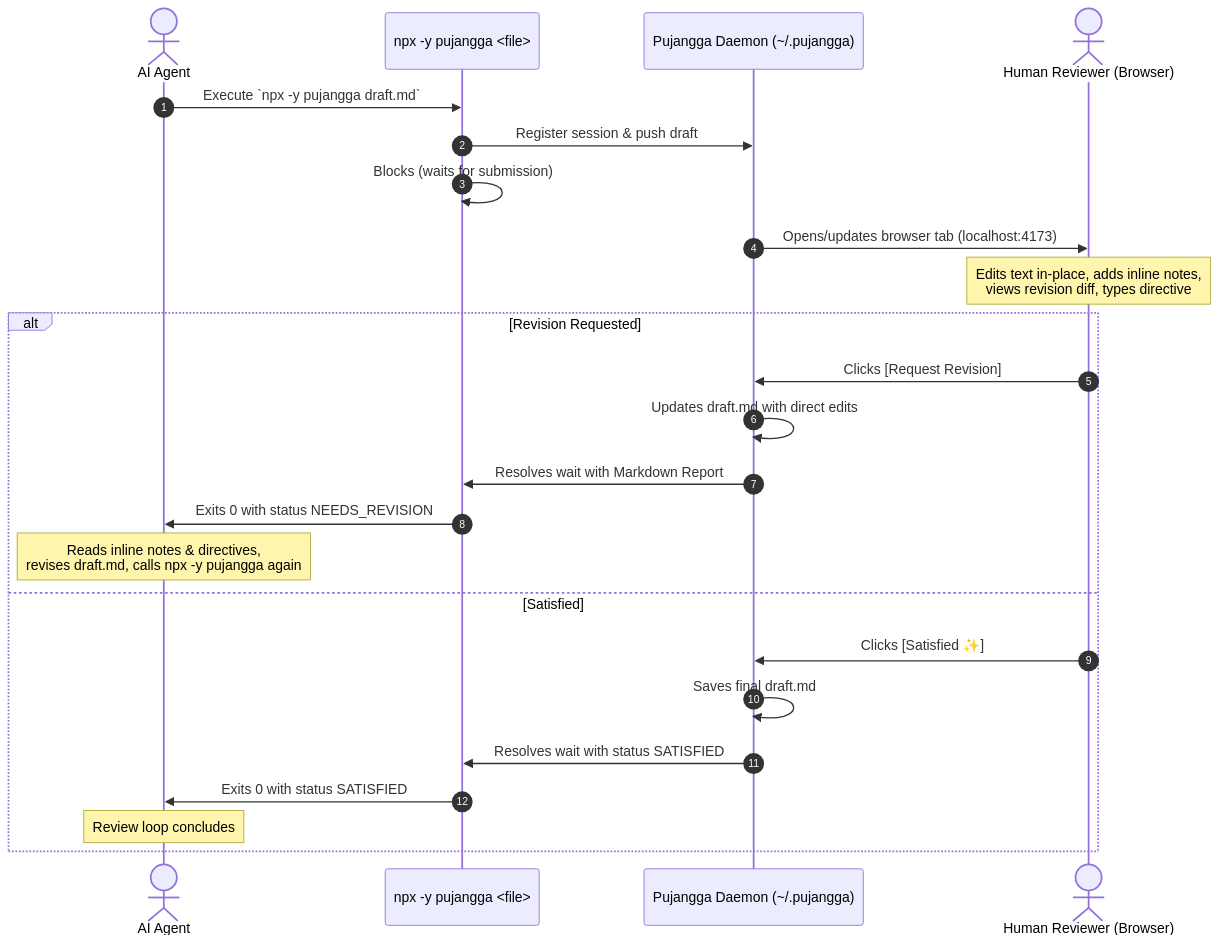
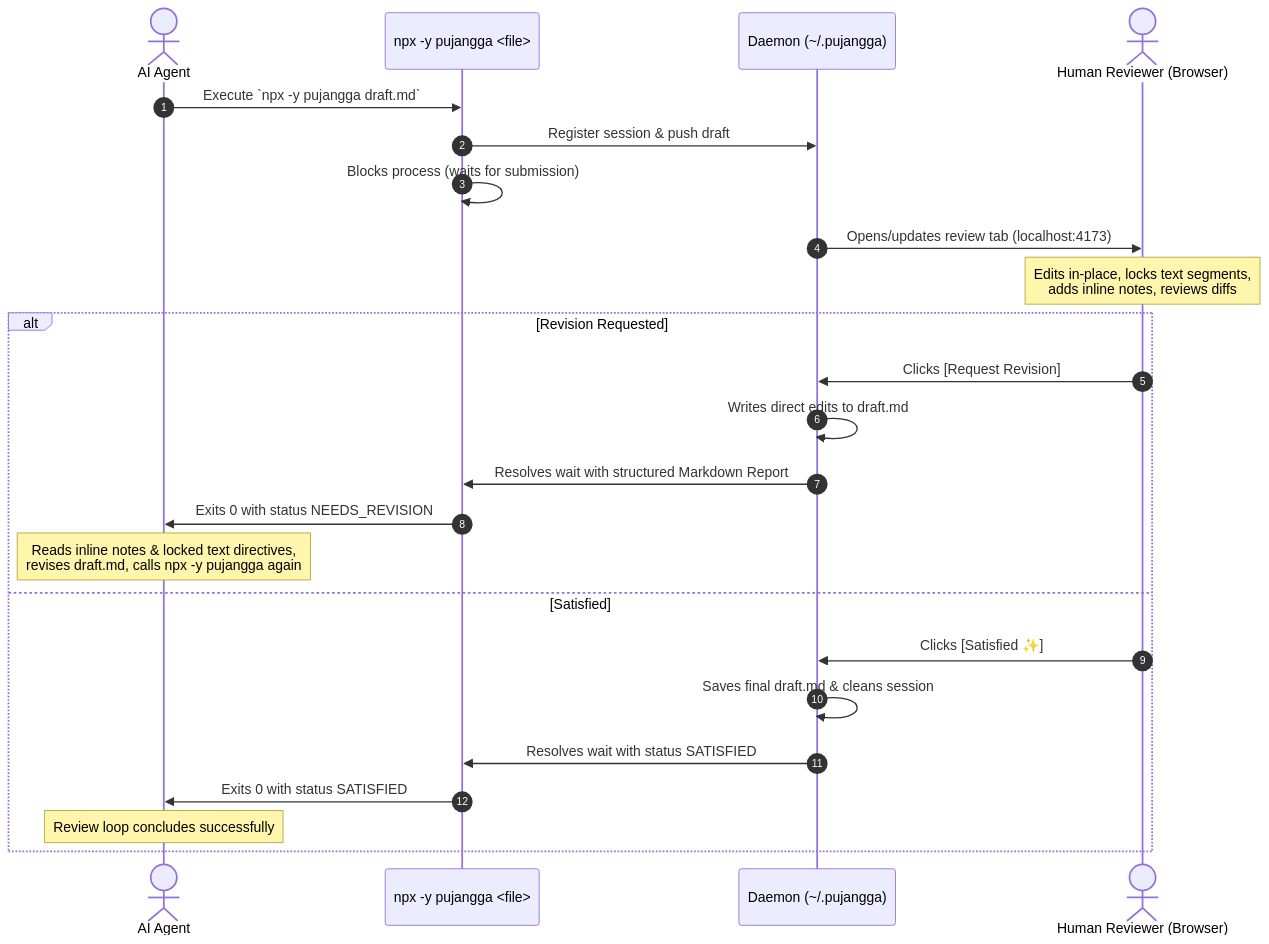
Before and after one commit to visualnaut/pujangga: the diagram in README.md, drawn with Mermaid. The commit also changed other lines of this file and 9 other files, not shown here.

````diff
--- a/README.md
+++ b/README.md
@@ -65,27 +100,27 @@
 ```mermaid
 sequenceDiagram
     autonumber
     actor Agent as AI Agent
     participant CLI as npx -y pujangga <file>
-    participant Daemon as Pujangga Daemon (~/.pujangga)
+    participant Daemon as Daemon (~/.pujangga)
     actor Human as Human Reviewer (Browser)
 
     Agent->>CLI: Execute `npx -y pujangga draft.md`
     CLI->>Daemon: Register session & push draft
-    CLI->>CLI: Blocks (waits for submission)
-    Daemon->>Human: Opens/updates browser tab (localhost:4173)
-    Note over Human: Edits text in-place, adds inline notes,<br/>views revision diff, types directive
+    CLI->>CLI: Blocks process (waits for submission)
+    Daemon->>Human: Opens/updates review tab (localhost:4173)
+    Note over Human: Edits in-place, locks text segments,<br/>adds inline notes, reviews diffs
     alt Revision Requested
         Human->>Daemon: Clicks [Request Revision]
-        Daemon->>Daemon: Updates draft.md with direct edits
-        Daemon->>CLI: Resolves wait with Markdown Report
+        Daemon->>Daemon: Writes direct edits to draft.md
+        Daemon->>CLI: Resolves wait with structured Markdown Report
         CLI->>Agent: Exits 0 with status NEEDS_REVISION
-        Note over Agent: Reads inline notes & directives,<br/>revises draft.md, calls npx -y pujangga again
+        Note over Agent: Reads inline notes & locked text directives,<br/>revises draft.md, calls npx -y pujangga again
     else Satisfied
         Human->>Daemon: Clicks [Satisfied ✨]
-        Daemon->>Daemon: Saves final draft.md
+        Daemon->>Daemon: Saves final draft.md & cleans session
         Daemon->>CLI: Resolves wait with status SATISFIED
         CLI->>Agent: Exits 0 with status SATISFIED
-        Note over Agent: Review loop concludes
+        Note over Agent: Review loop concludes successfully
     end
 ```
````
